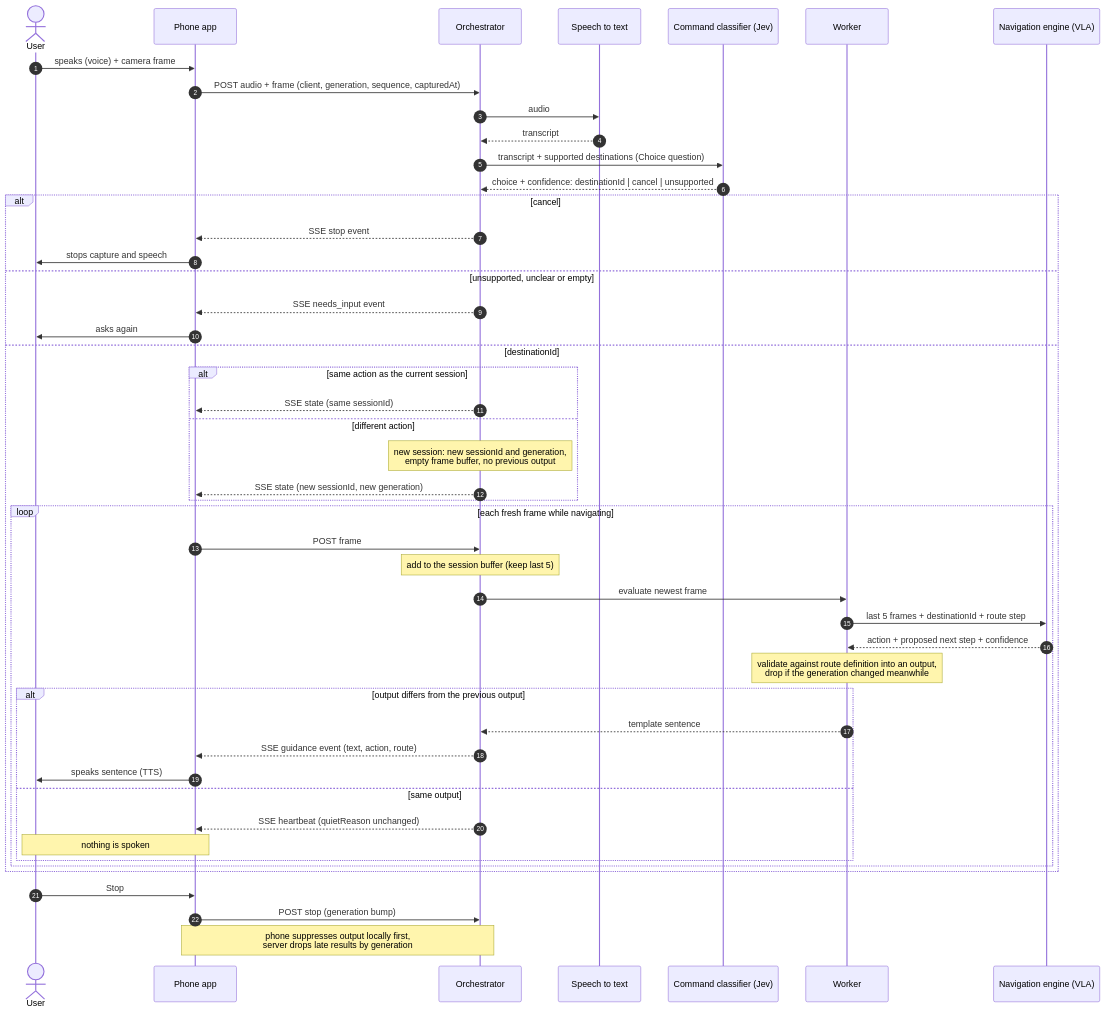
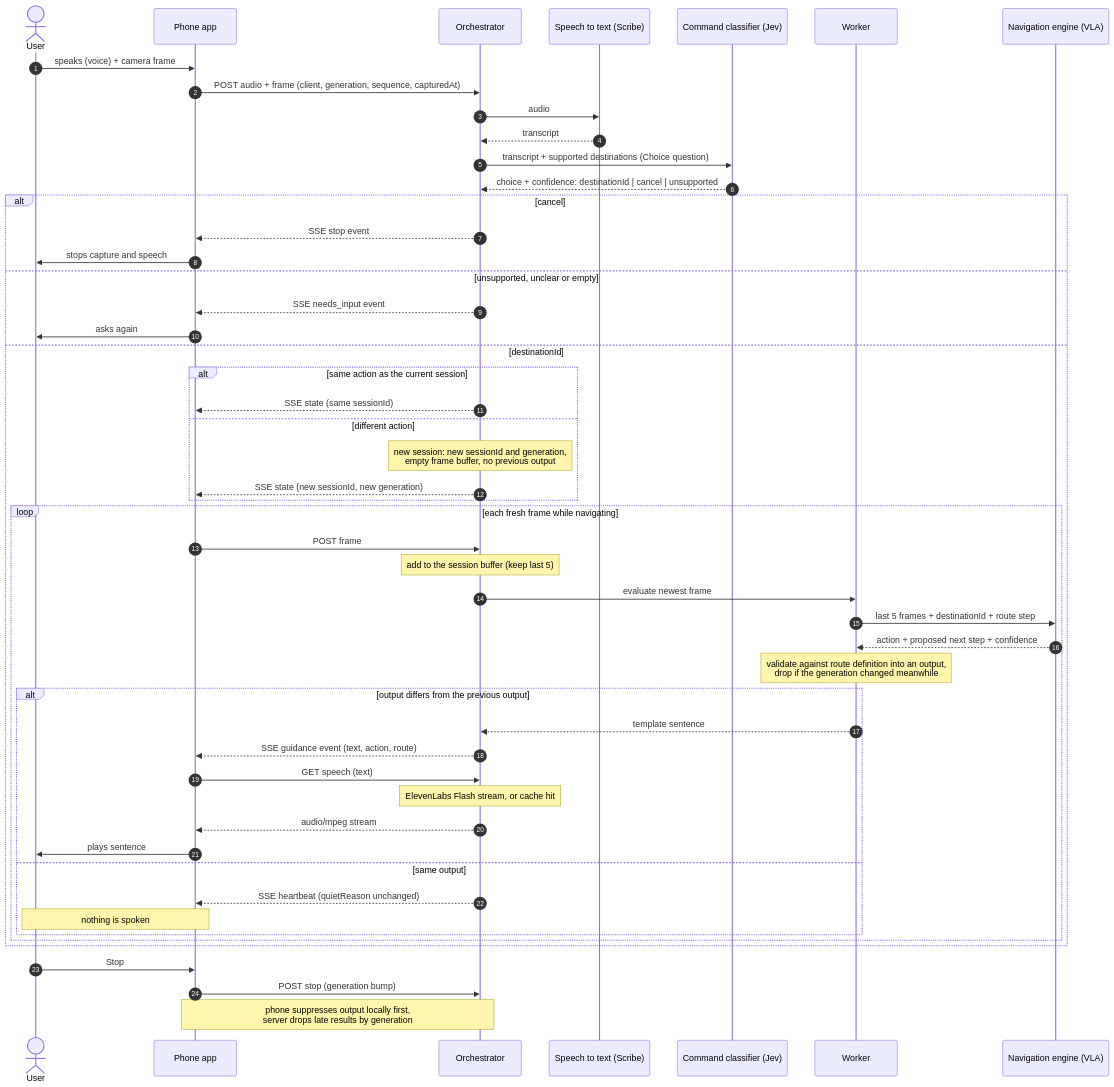
Before and after one commit to tungsten-united/project-description: the third of 3 diagrams in docs/architecture.md, drawn with Mermaid. The commit also changed other lines of this file and 1 other file, not shown here.

First line of the commit message:
Architecture and deployment: ElevenLabs speech path

````diff
--- a/docs/architecture.md
+++ b/docs/architecture.md
@@ -68,53 +71,56 @@
 ```mermaid
 sequenceDiagram
   autonumber
   actor U as User
   participant P as Phone app
   participant O as Orchestrator
-  participant S as Speech to text
+  participant S as Speech to text (Scribe)
   participant C as Command classifier (Jev)
   participant K as Worker
   participant N as Navigation engine (VLA)
 
   U->>P: speaks (voice) + camera frame
   P->>O: POST audio + frame (client, generation, sequence, capturedAt)
   O->>S: audio
   S-->>O: transcript
   O->>C: transcript + supported destinations (Choice question)
   C-->>O: choice + confidence: destinationId | cancel | unsupported
 
   alt cancel
     O-->>P: SSE stop event
     P->>U: stops capture and speech
   else unsupported, unclear or empty
     O-->>P: SSE needs_input event
     P->>U: asks again
   else destinationId
     alt same action as the current session
       O-->>P: SSE state (same sessionId)
     else different action
       Note over O: new session: new sessionId and generation,<br/>empty frame buffer, no previous output
       O-->>P: SSE state (new sessionId, new generation)
     end
     loop each fresh frame while navigating
       P->>O: POST frame
       Note over O: add to the session buffer (keep last 5)
       O->>K: evaluate newest frame
       K->>N: last 5 frames + destinationId + route step
       N-->>K: action + proposed next step + confidence
       Note over K: validate against route definition into an output,<br/>drop if the generation changed meanwhile
       alt output differs from the previous output
         K-->>O: template sentence
         O-->>P: SSE guidance event (text, action, route)
-        P->>U: speaks sentence (TTS)
+        P->>O: GET speech (text)
+        Note over O: ElevenLabs Flash stream, or cache hit
+        O-->>P: audio/mpeg stream
+        P->>U: plays sentence
       else same output
         O-->>P: SSE heartbeat (quietReason unchanged)
         Note over P,U: nothing is spoken
       end
     end
   end
 
   U->>P: Stop
   P->>O: POST stop (generation bump)
   Note over P,O: phone suppresses output locally first,<br/>server drops late results by generation
 ```
````
